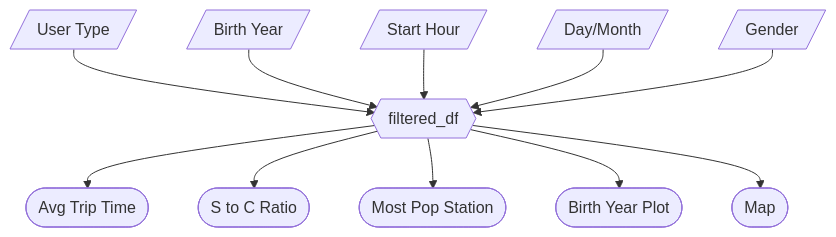
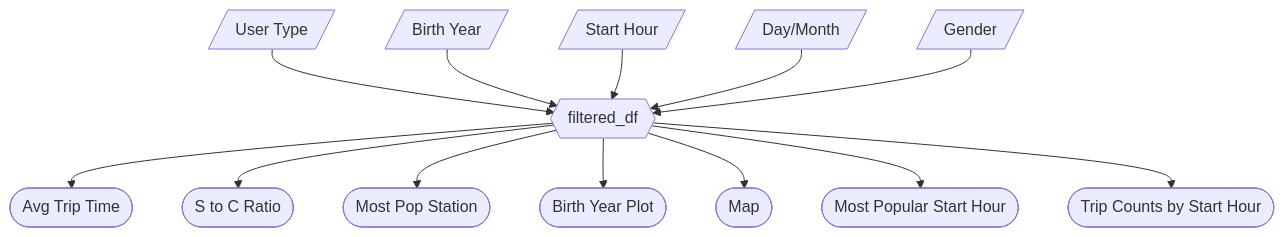
Before and after one commit to UBC-MDS/DSCI-532_2026_34_BikeShareOptimizer: the diagram in reports/m2_spec.md, drawn with Mermaid. The commit also changed other lines of this file and 1 other file, not shown here.

Commit message:
Fix start hour merge and add docs

````diff
--- a/reports/m2_spec.md
+++ b/reports/m2_spec.md
@@ -32,16 +35,18 @@
 ```mermaid
 graph TD
     %% Inputs
     In1[/User Type/] --> Filter{{filtered_df}}
     In2[/Birth Year/] --> Filter
     In3[/Start Hour/] --> Filter
     In4[/Day/Month/] --> Filter
     In5[/Gender/] --> Filter
 
     %% Reactive Calc
     Filter --> Out1([Avg Trip Time])
     Filter --> Out2([S to C Ratio])
     Filter --> Out3([Most Pop Station])
     Filter --> Out4([Birth Year Plot])
     Filter --> Out5([Map])
+    Filter --> Out6([Most Popular Start Hour])
+    Filter --> Out7([Trip Counts by Start Hour])
 ```
````
